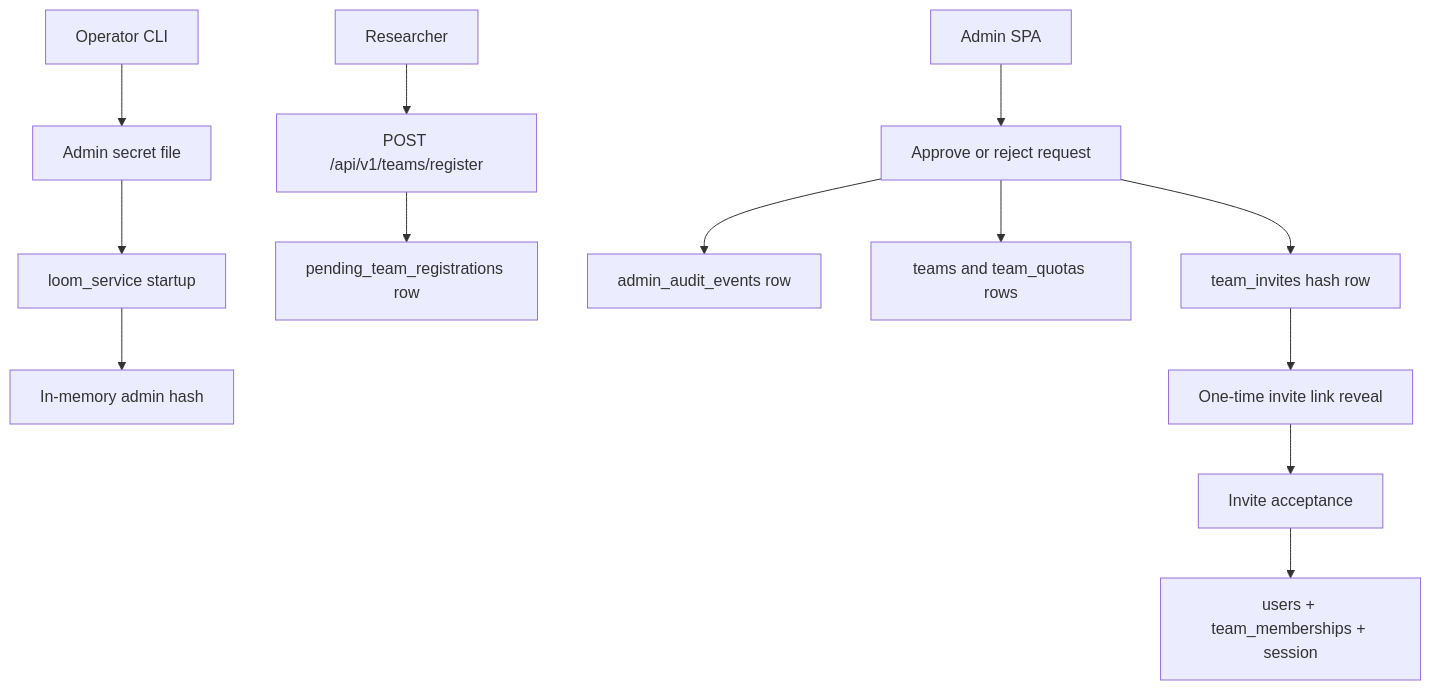
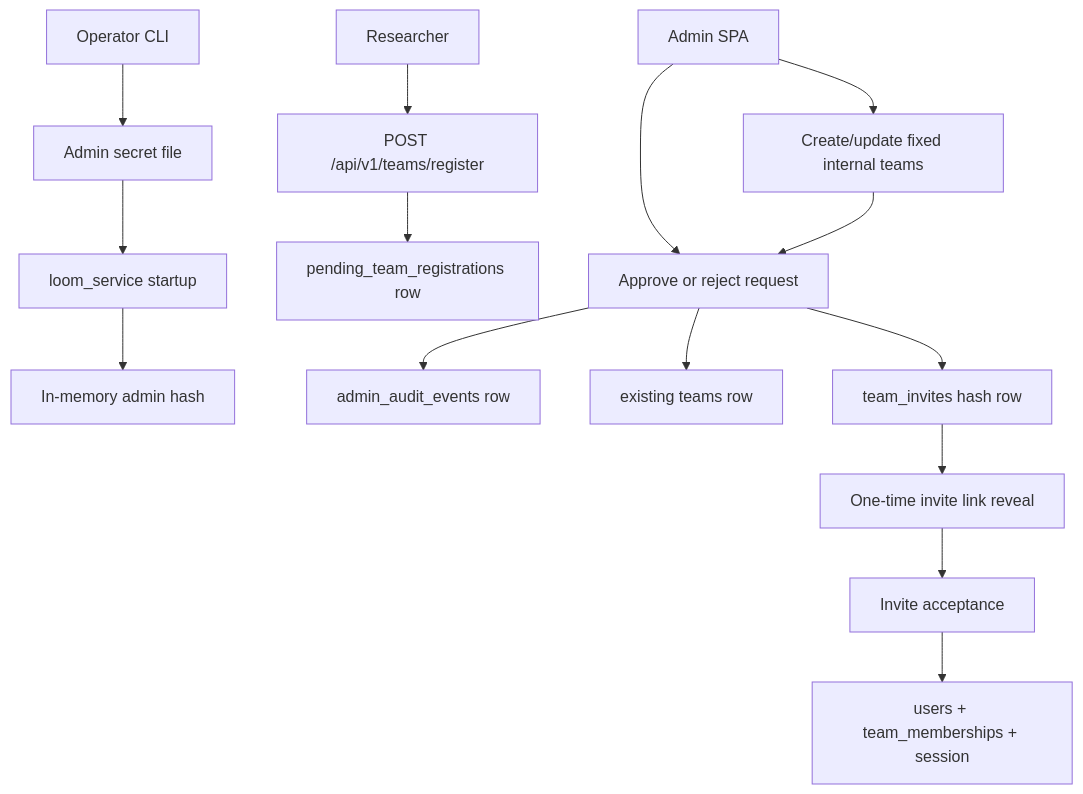
The diagram in docs/architecture/auth-registration-spec.md (qianyi-sun/loom), drawn with Mermaid before and after one commit. The commit also changed other lines of this file and 15 other files, not shown here.

Commit message:
fix: route access requests through admin-managed teams (#449)

````diff
--- a/docs/architecture/auth-registration-spec.md
+++ b/docs/architecture/auth-registration-spec.md
@@ -44,15 +45,17 @@
 ```mermaid
 flowchart TD
   AdminCLI["Operator CLI"] --> SecretFile["Admin secret file"]
   SecretFile --> ServiceStartup["loom_service startup"]
   ServiceStartup --> AdminAuth["In-memory admin hash"]
   Researcher["Researcher"] --> Register["POST /api/v1/teams/register"]
   Register --> Pending["pending_team_registrations row"]
-  AdminSPA["Admin SPA"] --> Approve["Approve or reject request"]
+  AdminSPA["Admin SPA"] --> Teams["Create/update fixed internal teams"]
+  AdminSPA --> Approve["Approve or reject request"]
+  Teams --> Approve
   Approve --> Audit["admin_audit_events row"]
-  Approve --> Team["teams and team_quotas rows"]
+  Approve --> Team["existing teams row"]
   Approve --> Invite["team_invites hash row"]
   Invite --> Reveal["One-time invite link reveal"]
   Reveal --> Accept["Invite acceptance"]
   Accept --> Membership["users + team_memberships + session"]
 ```
````
